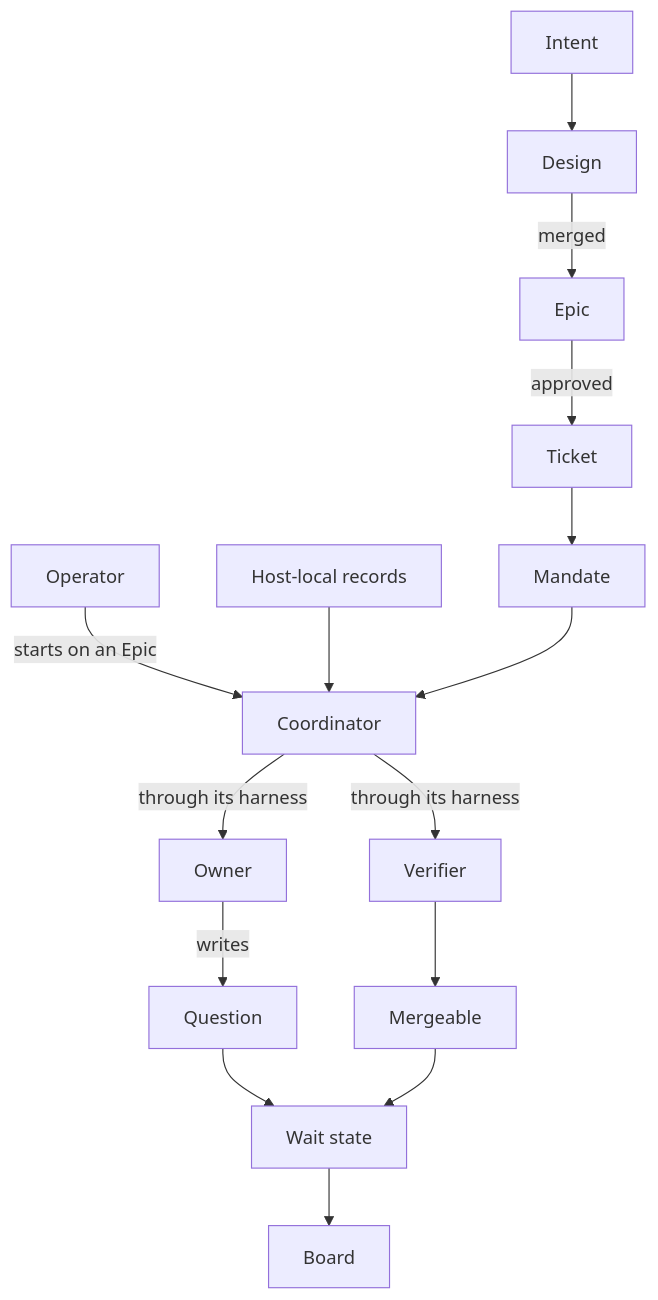
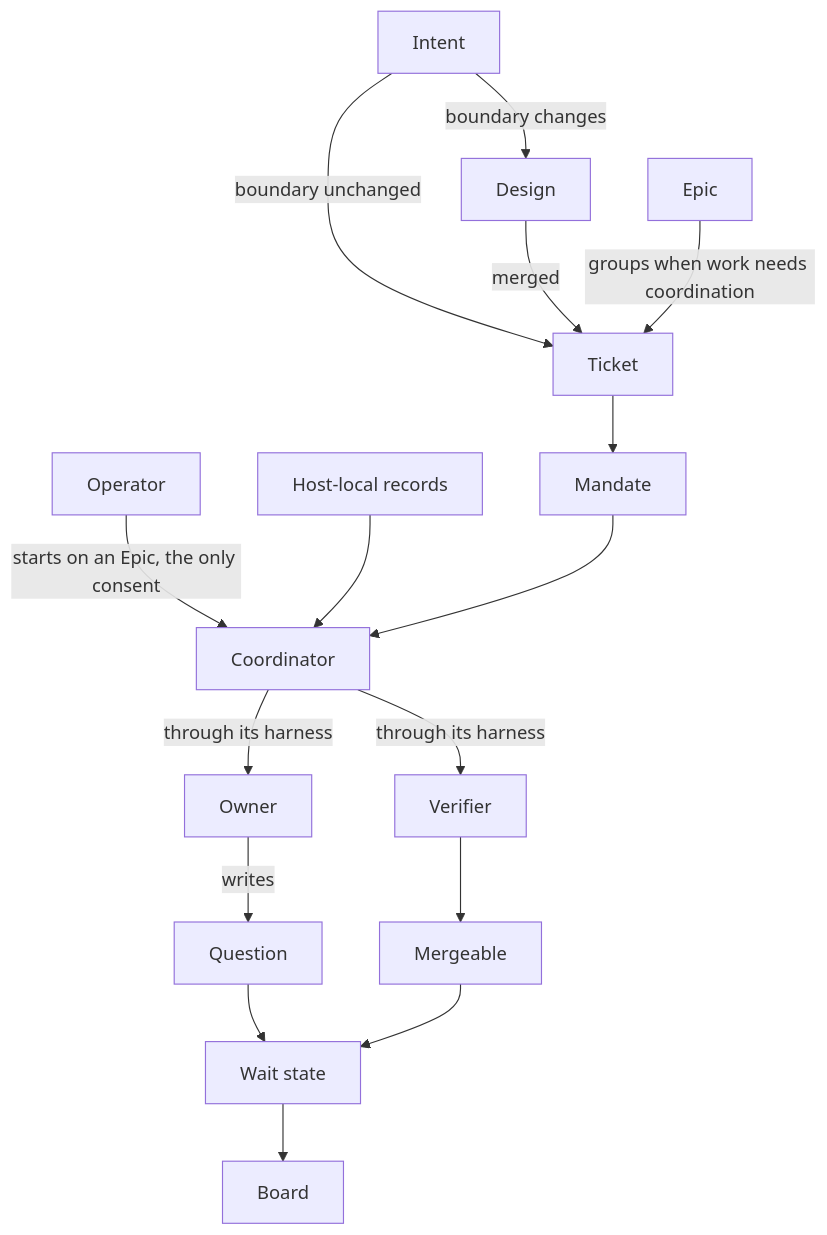
One commit to maro114510/skills changed the second of 5 diagrams in docs/design/development-pipeline.md. Above: the diagram before and after it, drawn with Mermaid.

Commit message:
docs(pipeline): show Design and Epic as optional in the domain graph
The graph still required Intent, Design, Epic, then Ticket, and labelled the Epic edge approved, while the definitions make both optional and give an Epic no authority.

````diff
--- a/docs/design/development-pipeline.md
+++ b/docs/design/development-pipeline.md
@@ -35,17 +35,18 @@
 ```mermaid
 flowchart TB
-  Intent --> Design
-  Design -->|merged| Epic
-  Epic -->|approved| Ticket
+  Intent -->|boundary unchanged| Ticket
+  Intent -->|boundary changes| Design
+  Design -->|merged| Ticket
+  Epic -->|groups when work needs coordination| Ticket
   Ticket --> Mandate
-  Operator -->|starts on an Epic| Coordinator
+  Operator -->|starts on an Epic, the only consent| Coordinator
   Records[Host-local records] --> Coordinator
   Mandate --> Coordinator
   Coordinator -->|through its harness| Owner
   Coordinator -->|through its harness| Verifier
   Owner -->|writes| Question
   Question --> WaitState[Wait state]
   Verifier --> Mergeable
   Mergeable --> WaitState
   WaitState --> Board
 ```
````
